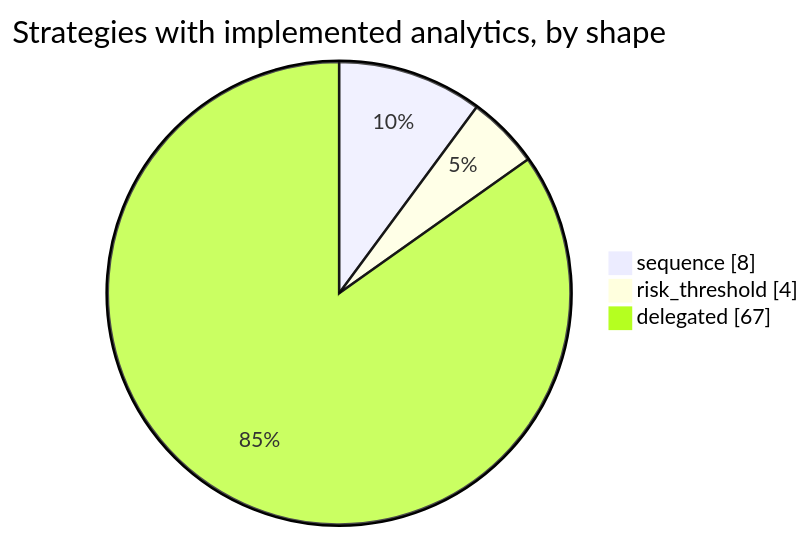
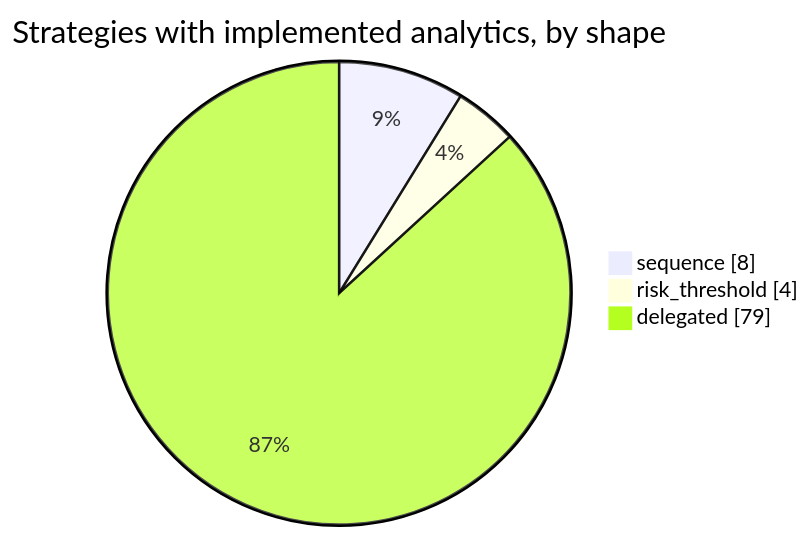
One commit to dev-nobytes-io/mitre-defensive-mappings-spl changed the second of 2 diagrams in docs/strategies/README.md. Above: the diagram before and after it, drawn with Mermaid. The commit also changed other lines of this file and 53 other files, not shown here.

````diff
--- a/docs/strategies/README.md
+++ b/docs/strategies/README.md
@@ -19,7 +19,7 @@
 ```mermaid
 pie showData
     title Strategies with implemented analytics, by shape
     "sequence" : 8
     "risk_threshold" : 4
-    "delegated" : 67
+    "delegated" : 79
 ```
````
